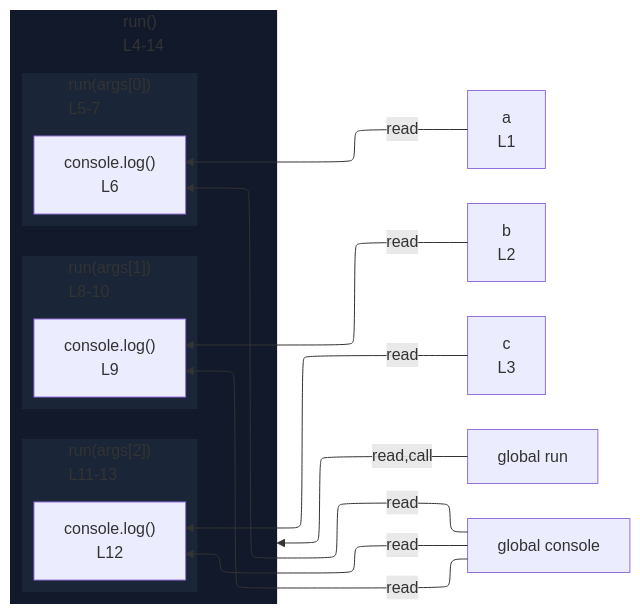
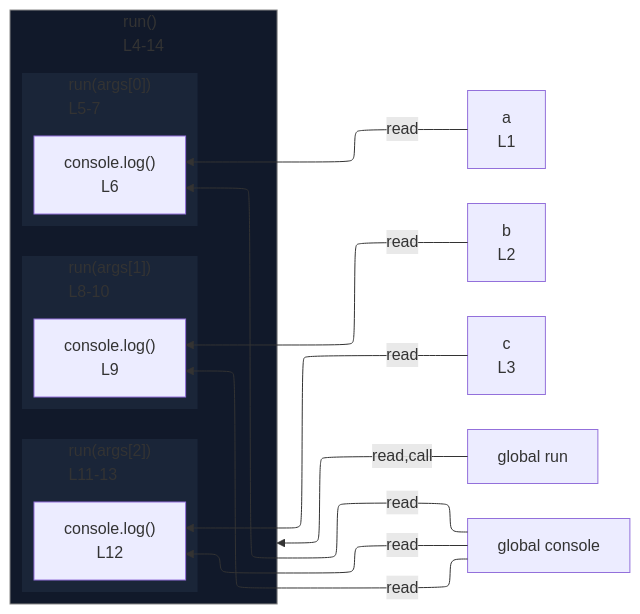
Before and after one commit to crescware/unsnarl: the diagram in integration/fixtures/expression-statement/call-with-three-callbacks/preview.md, drawn with Mermaid. The commit also changed 28 other files, not shown here.

````diff
--- a/integration/fixtures/expression-statement/call-with-three-callbacks/preview.md
+++ b/integration/fixtures/expression-statement/call-with-three-callbacks/preview.md
@@ -24,37 +24,39 @@
 ```mermaid
 %%{init: {"flowchart": {"defaultRenderer": "elk"}}}%%
 flowchart RL
   n_scope_0_a_6["a<br/>L1"]
   n_scope_0_b_19["b<br/>L2"]
   n_scope_0_c_32["c<br/>L3"]
   n_scope_0_run_39["global run"]
   n_scope_0_console_58["global console"]
   subgraph expr_stmt_39["run()<br/>L4-14"]
     direction RL
     subgraph s_scope_1["run(args[0])<br/>L5-7"]
       direction RL
       expr_stmt_58["console.log()<br/>L6"]
     end
     subgraph s_scope_2["run(args[1])<br/>L8-10"]
       direction RL
       expr_stmt_93["console.log()<br/>L9"]
     end
     subgraph s_scope_3["run(args[2])<br/>L11-13"]
       direction RL
       expr_stmt_128["console.log()<br/>L12"]
     end
   end
   n_scope_0_run_39 -->|read,call| expr_stmt_39
   n_scope_0_console_58 -->|read| expr_stmt_58
   n_scope_0_a_6 -->|read| expr_stmt_58
   n_scope_0_console_58 -->|read| expr_stmt_93
   n_scope_0_b_19 -->|read| expr_stmt_93
   n_scope_0_console_58 -->|read| expr_stmt_128
   n_scope_0_c_32 -->|read| expr_stmt_128
   classDef nestL1 fill:#11192a,stroke:transparent;
   class expr_stmt_39 nestL1;
   classDef nestL2 fill:#1a2538,stroke:transparent;
   class s_scope_1 nestL2;
   class s_scope_2 nestL2;
   class s_scope_3 nestL2;
+  classDef edgeTargetSubgraph stroke:#888;
+  class expr_stmt_39 edgeTargetSubgraph;
 ```
````
